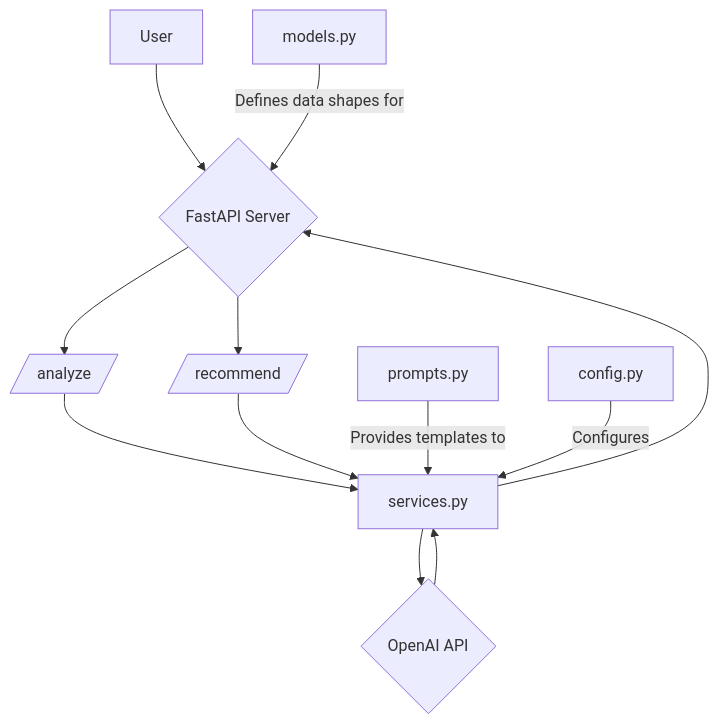
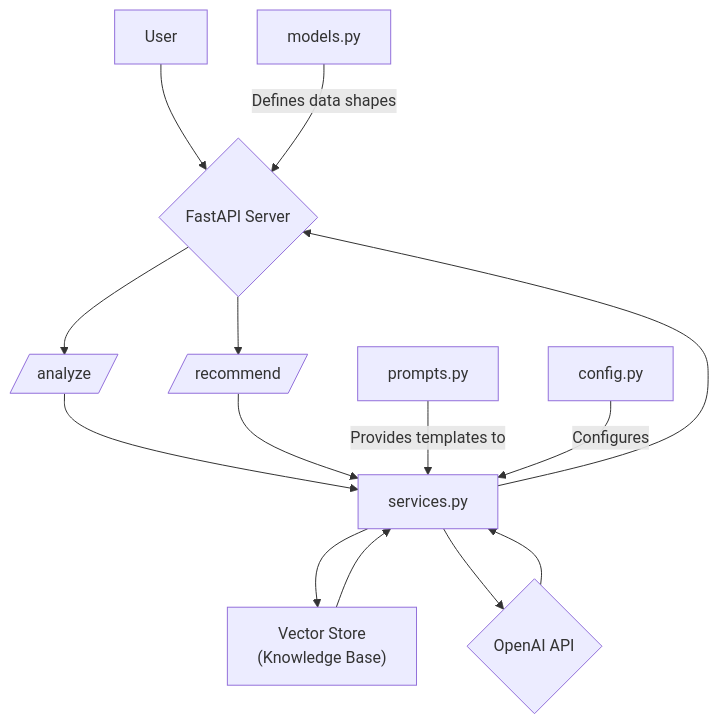
Before and after one commit to AdamPrzychodni/ai-enablement-tttr: the first of 3 diagrams in task_1_solution_architect/docs/05_documentation.md, drawn with Mermaid. The commit also changed other lines of this file and 3 other files, not shown here.

Commit message:
Enhance documentation for AI Architect API, adding context to recommendations and clarifying system behavior and architecture

````diff
--- a/task_1_solution_architect/docs/05_documentation.md
+++ b/task_1_solution_architect/docs/05_documentation.md
@@ -9,14 +15,16 @@
 ```mermaid
 graph TD
     A[User] --> B{FastAPI Server};
     B --> C[/analyze/];
     B --> D[/recommend/];
     C --> E[services.py];
     D --> E;
+    E --> J["Vector Store <br> (Knowledge Base)"];
+    J --> E;
     E --> F{OpenAI API};
     F --> E;
     E --> B;
-    G[models.py] -- Defines data shapes for --> B;
+    G[models.py] -- Defines data shapes --> B;
     H[prompts.py] -- Provides templates to --> E;
-    I[config.py] -- Configures --> E;
+    I[config.py] -- Configures --> E;     
 ```
````
